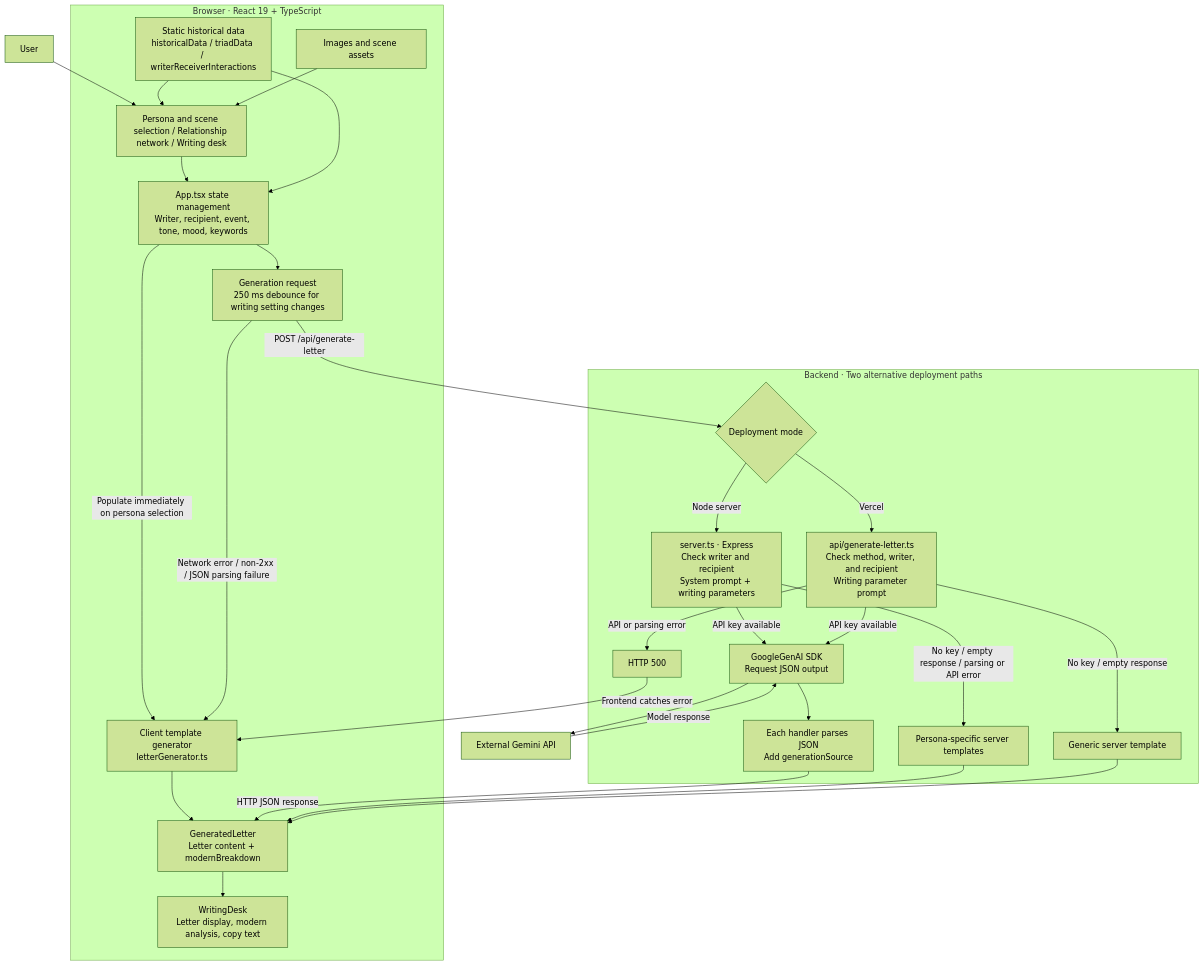
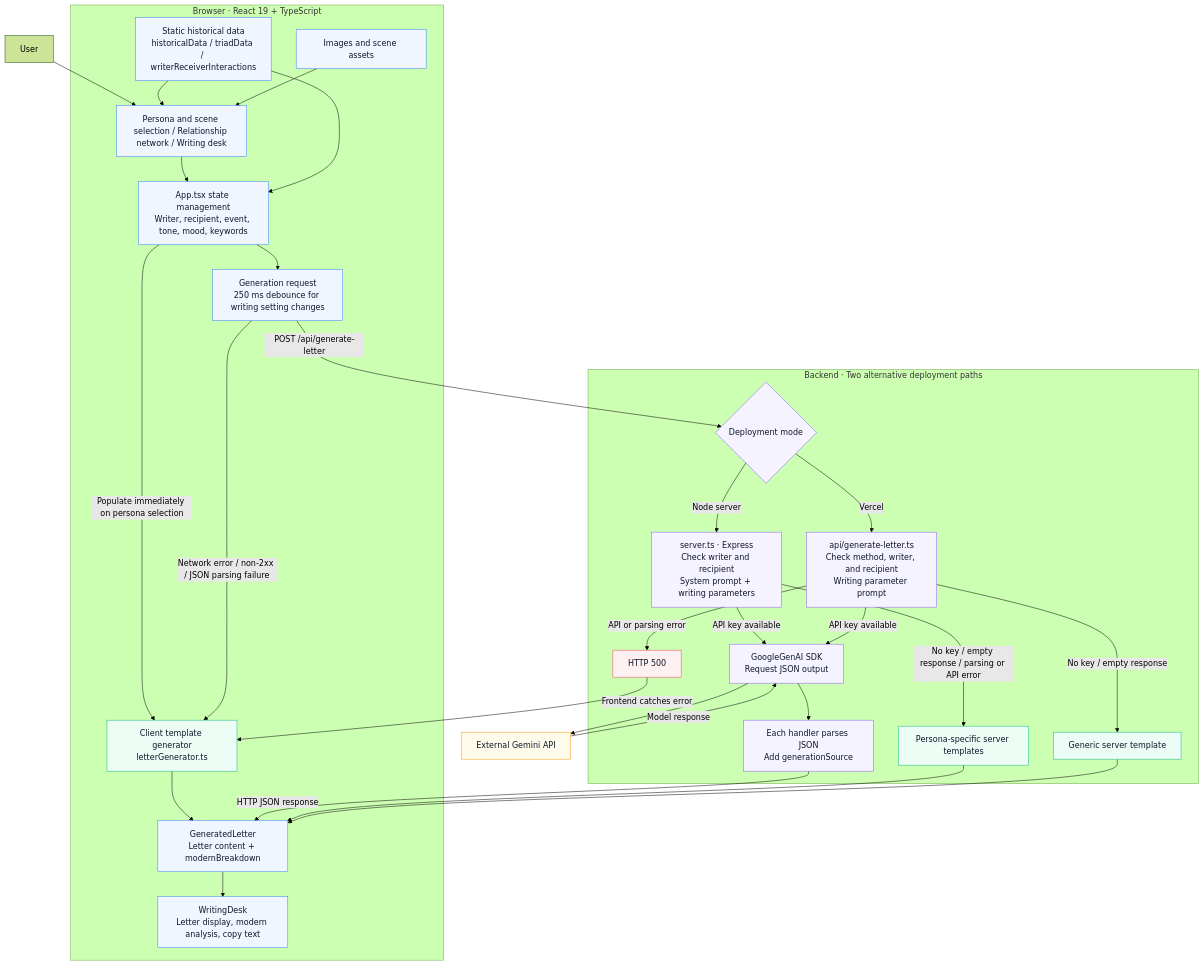
Before and after one commit to Wyworange/letter-writer-2: the first of 2 diagrams in SYSTEM_DIAGRAM.md, drawn with Mermaid (forest theme). The commit also changed other lines of this file and 2 other files, not shown here.

Commit message:
docs: add visual architecture and project README

````diff
--- a/SYSTEM_DIAGRAM.md
+++ b/SYSTEM_DIAGRAM.md
@@ -5,36 +11,47 @@
 ```mermaid
 flowchart TD
     User[User] --> UI[Persona and scene selection / Relationship network / Writing desk]
 
     subgraph Browser[Browser · React 19 + TypeScript]
         UI --> State[App.tsx state management<br/>Writer, recipient, event, tone, mood, keywords]
         Data[Static historical data<br/>historicalData / triadData / writerReceiverInteractions] --> UI
         Data --> State
         Assets[Images and scene assets] --> UI
         State --> Request[Generation request<br/>250 ms debounce for writing setting changes]
         Local[Client template generator<br/>letterGenerator.ts] --> Letter[GeneratedLetter<br/>Letter content + modernBreakdown]
         State -->|Populate immediately on persona selection| Local
         Request -->|Network error / non-2xx / JSON parsing failure| Local
         Letter --> Desk[WritingDesk<br/>Letter display, modern analysis, copy text]
     end
 
     Request -->|POST /api/generate-letter| Route{Deployment mode}
 
     subgraph Backend[Backend · Two alternative deployment paths]
         Route -->|Node server| Express[server.ts · Express<br/>Check writer and recipient<br/>System prompt + writing parameters]
         Route -->|Vercel| Function[api/generate-letter.ts<br/>Check method, writer, and recipient<br/>Writing parameter prompt]
         Express -->|API key available| SDK[GoogleGenAI SDK<br/>Request JSON output]
         Function -->|API key available| SDK
         Express -->|No key / empty response / parsing or API error| ServerTemplate[Persona-specific server templates]
         Function -->|No key / empty response| GenericTemplate[Generic server template]
         Function -->|API or parsing error| Error[HTTP 500]
         SDK --> Parse[Each handler parses JSON<br/>Add generationSource]
     end
 
     SDK --> Gemini[External Gemini API]
     Gemini -->|Model response| SDK
     Parse -->|HTTP JSON response| Letter
     ServerTemplate --> Letter
     GenericTemplate --> Letter
     Error -->|Frontend catches error| Local
+
+    classDef browser fill:#eff6ff,stroke:#3b82f6,color:#0f172a
+    classDef backend fill:#f5f3ff,stroke:#8b5cf6,color:#0f172a
+    classDef fallback fill:#ecfdf5,stroke:#10b981,color:#0f172a
+    classDef external fill:#fffbeb,stroke:#f59e0b,color:#0f172a
+    classDef failure fill:#fff1f2,stroke:#f43f5e,color:#0f172a
+    class UI,State,Data,Assets,Request,Letter,Desk browser
+    class Express,Function,SDK,Parse,Route backend
+    class Local,ServerTemplate,GenericTemplate fallback
+    class Gemini external
+    class Error failure
 ```
````
